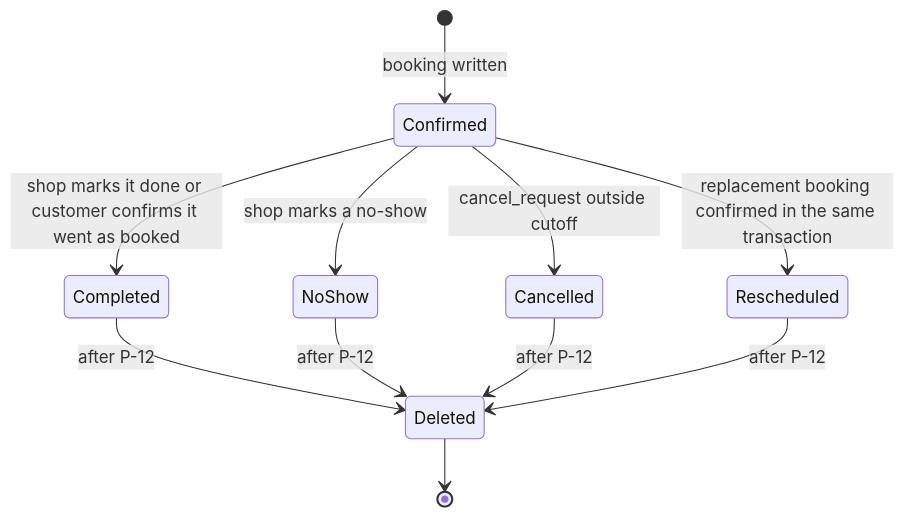
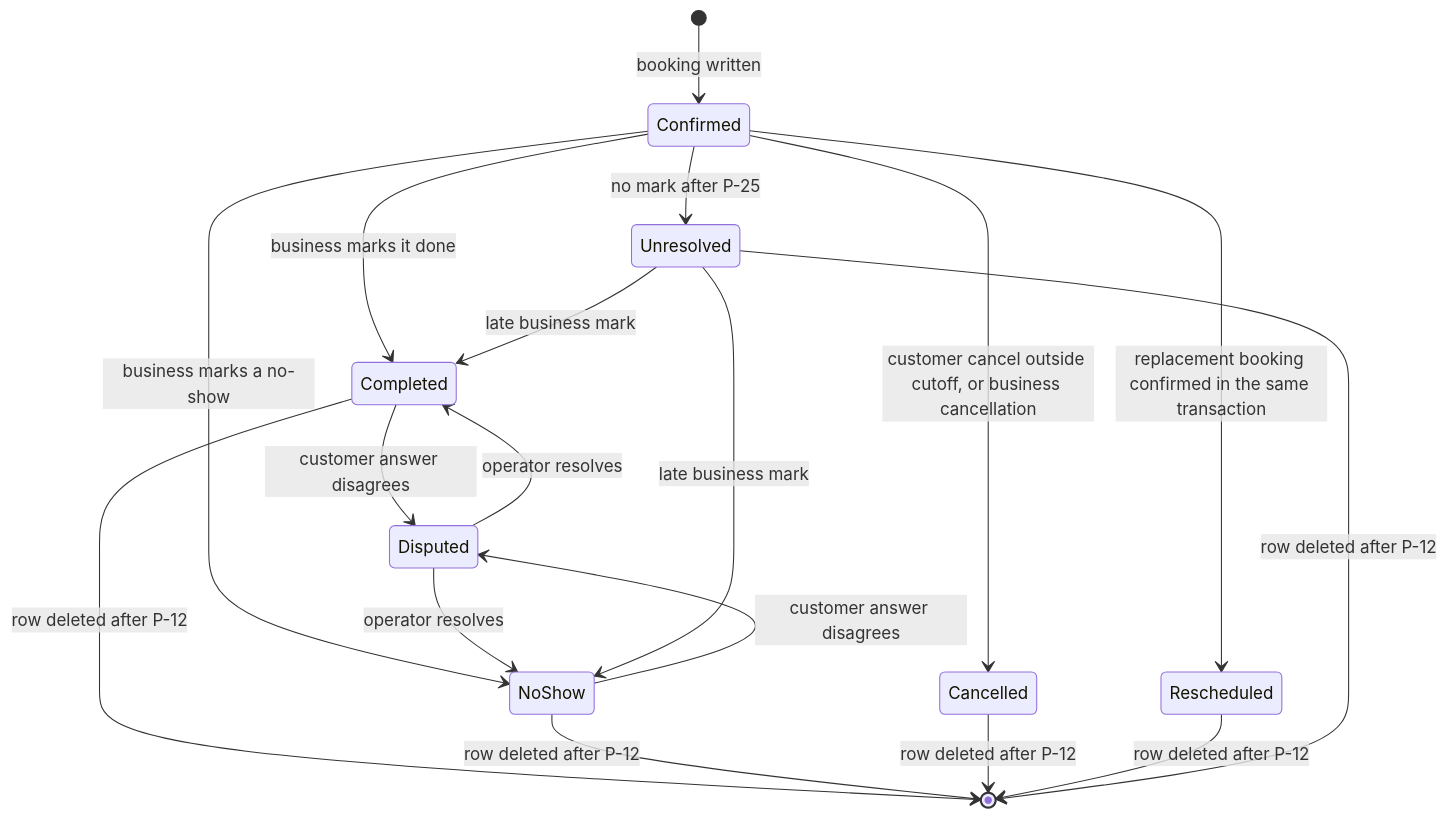
One commit to Jannisar01/hitchpost changed the fifth of 9 diagrams in docs/sad/07-process-and-behaviour-models.md. Above: the diagram before and after it, drawn with Mermaid. The commit also changed other lines of this file and 23 other files, not shown here.

````diff
--- a/docs/sad/07-process-and-behaviour-models.md
+++ b/docs/sad/07-process-and-behaviour-models.md
@@ -324,13 +369,20 @@
 ```mermaid
 stateDiagram-v2
   [*] --> Confirmed: booking written
-  Confirmed --> Cancelled: cancel_request outside cutoff
+  Confirmed --> Cancelled: customer cancel outside cutoff, or business cancellation
   Confirmed --> Rescheduled: replacement booking confirmed in the same transaction
-  Confirmed --> Completed: shop marks it done or customer confirms it went as booked
-  Confirmed --> NoShow: shop marks a no-show
-  Completed --> Deleted: after P-12
-  NoShow --> Deleted: after P-12
-  Cancelled --> Deleted: after P-12
-  Rescheduled --> Deleted: after P-12
-  Deleted --> [*]
+  Confirmed --> Completed: business marks it done
+  Confirmed --> NoShow: business marks a no-show
+  Confirmed --> Unresolved: no mark after P-25
+  Completed --> Disputed: customer answer disagrees
+  NoShow --> Disputed: customer answer disagrees
+  Disputed --> Completed: operator resolves
+  Disputed --> NoShow: operator resolves
+  Unresolved --> Completed: late business mark
+  Unresolved --> NoShow: late business mark
+  Completed --> [*]: row deleted after P-12
+  NoShow --> [*]: row deleted after P-12
+  Cancelled --> [*]: row deleted after P-12
+  Rescheduled --> [*]: row deleted after P-12
+  Unresolved --> [*]: row deleted after P-12
 ```
````
